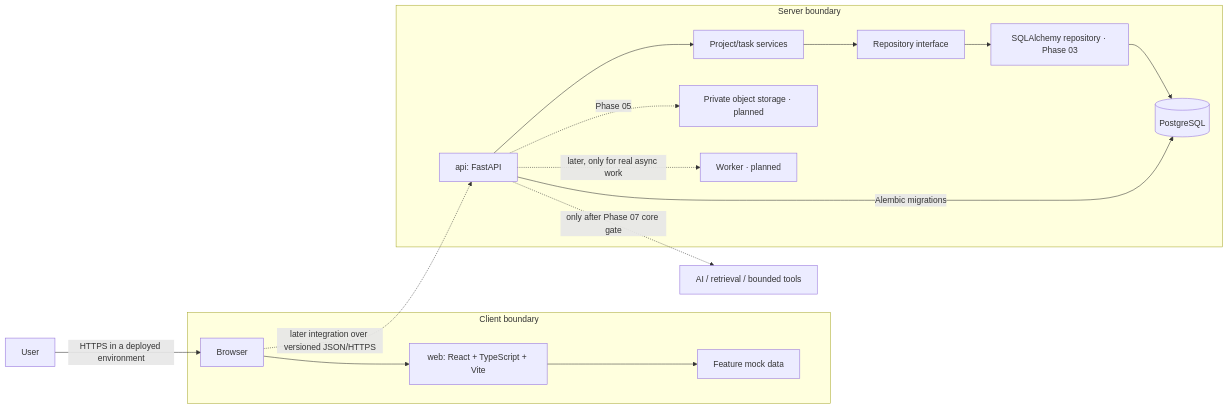
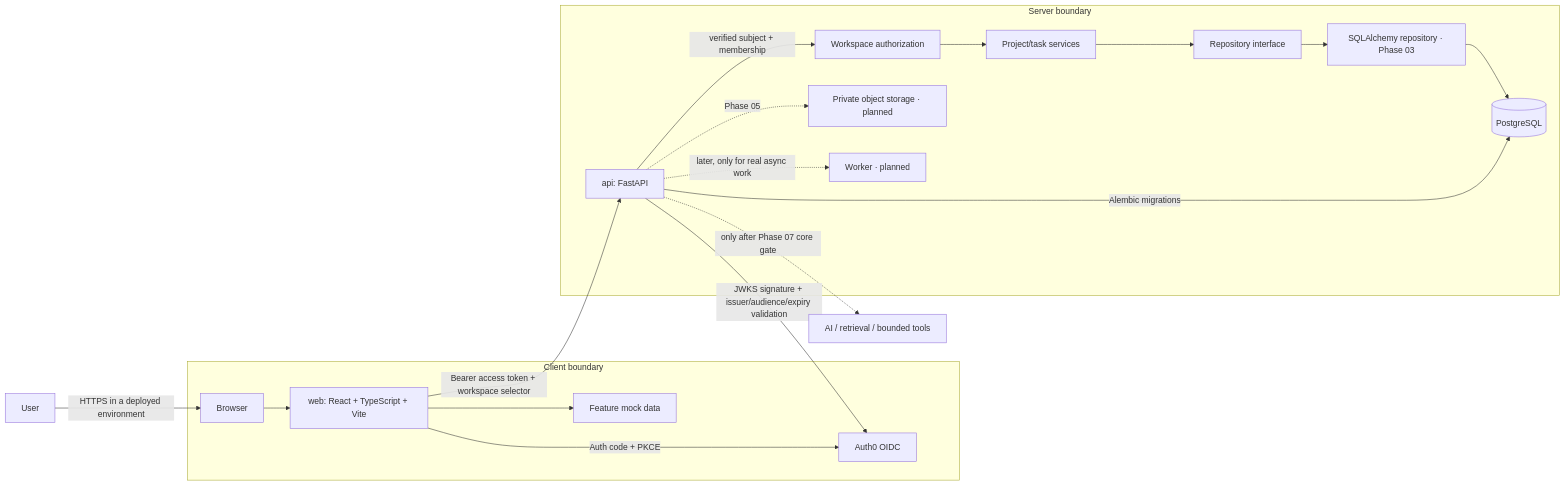
One commit to W4R10CK99/DeskOps changed the diagram in docs/architecture.md. Above: the diagram before and after it, drawn with Mermaid. The commit also changed other lines of this file and 42 other files, not shown here.

Commit message:
db integration with Auth0 implementation and testing

````diff
--- a/docs/architecture.md
+++ b/docs/architecture.md
@@ -5,19 +5,22 @@
 ```mermaid
 flowchart LR
   U[User] -->|HTTPS in a deployed environment| B[Browser]
   subgraph Client boundary
     B --> W[web: React + TypeScript + Vite]
+    W -->|Auth code + PKCE| IDP[Auth0 OIDC]
     W --> M[Feature mock data]
   end
-  B -. later integration over versioned JSON/HTTPS .-> A[api: FastAPI]
+  W -->|Bearer access token + workspace selector| A[api: FastAPI]
   subgraph Server boundary
-    A --> S[Project/task services]
+    A -->|JWKS signature + issuer/audience/expiry validation| IDP
+    A -->|verified subject + membership| AUTHZ[Workspace authorization]
+    AUTHZ --> S[Project/task services]
     S --> R[Repository interface]
     R --> PR[SQLAlchemy repository · Phase 03]
     PR --> D[(PostgreSQL)]
     A -->|Alembic migrations| D
     A -. Phase 05 .-> O[Private object storage · planned]
     A -. later, only for real async work .-> Q[Worker · planned]
   end
   A -. only after Phase 07 core gate .-> AI[AI / retrieval / bounded tools]
 ```
````
